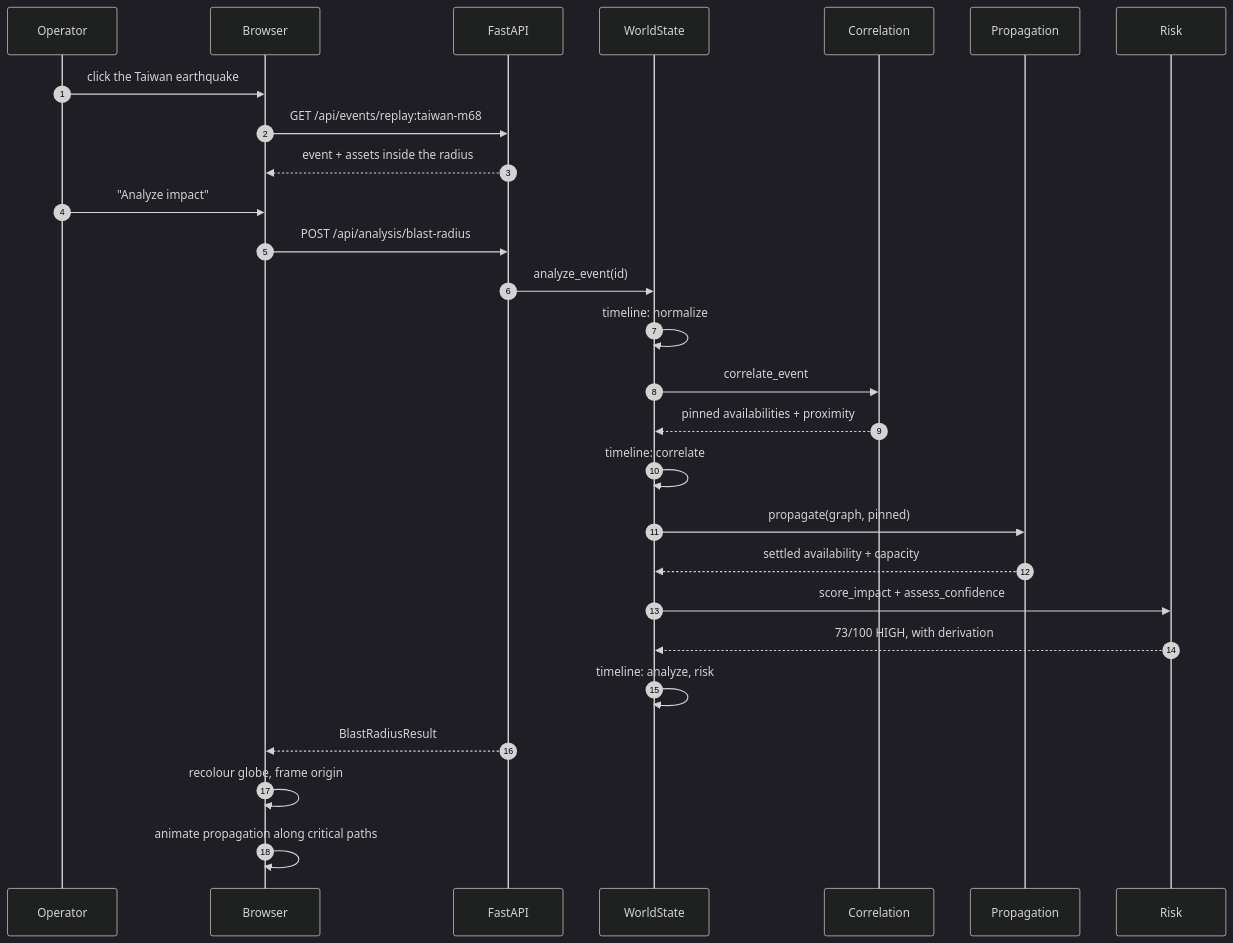
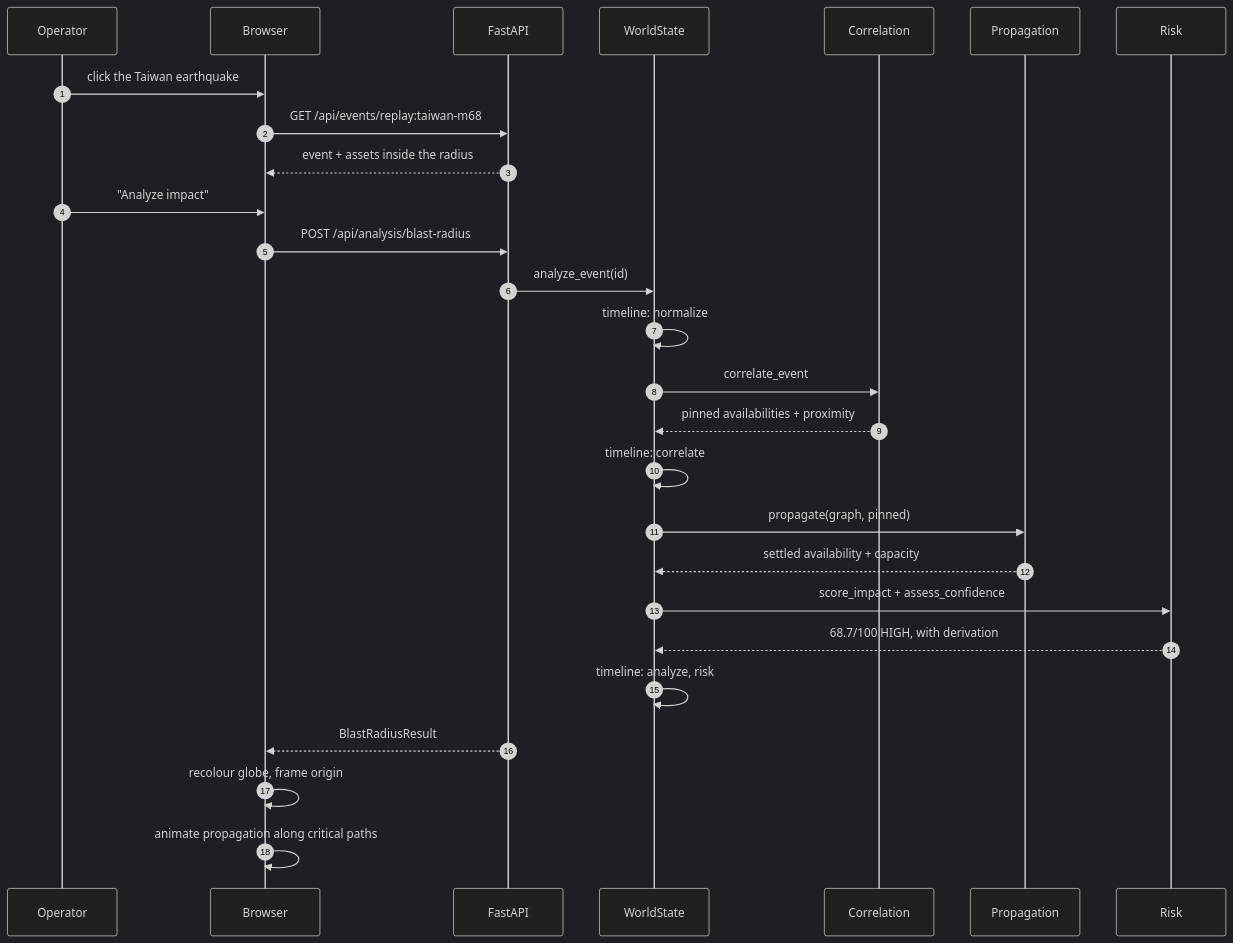
Before and after one commit to MEGA-M1ND/WorldGraph: the second of 4 diagrams in docs/ARCHITECTURE.md, drawn with Mermaid (dark theme). The commit also changed 6 other files, not shown here.

````diff
--- a/docs/ARCHITECTURE.md
+++ b/docs/ARCHITECTURE.md
@@ -86,30 +86,30 @@
 ```mermaid
 sequenceDiagram
     autonumber
     participant Op as Operator
     participant UI as Browser
     participant API as FastAPI
     participant WS as WorldState
     participant C as Correlation
     participant P as Propagation
     participant R as Risk
 
     Op->>UI: click the Taiwan earthquake
     UI->>API: GET /api/events/replay:taiwan-m68
     API-->>UI: event + assets inside the radius
     Op->>UI: "Analyze impact"
     UI->>API: POST /api/analysis/blast-radius
     API->>WS: analyze_event(id)
     WS->>WS: timeline: normalize
     WS->>C: correlate_event
     C-->>WS: pinned availabilities + proximity
     WS->>WS: timeline: correlate
     WS->>P: propagate(graph, pinned)
     P-->>WS: settled availability + capacity
     WS->>R: score_impact + assess_confidence
-    R-->>WS: 73/100 HIGH, with derivation
+    R-->>WS: 68.7/100 HIGH, with derivation
     WS->>WS: timeline: analyze, risk
     API-->>UI: BlastRadiusResult
     UI->>UI: recolour globe, frame origin
     UI->>UI: animate propagation along critical paths
 ```
````
